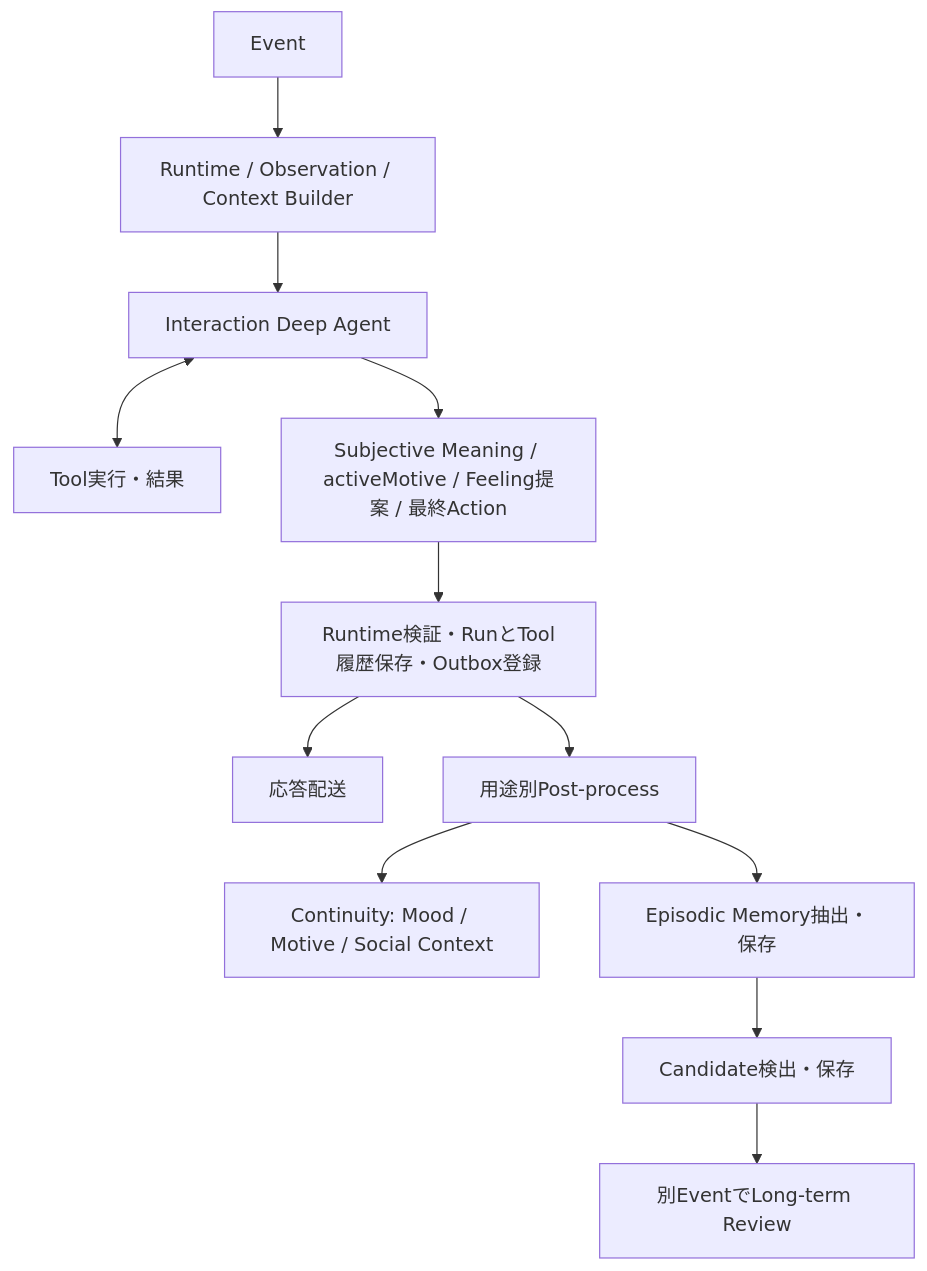
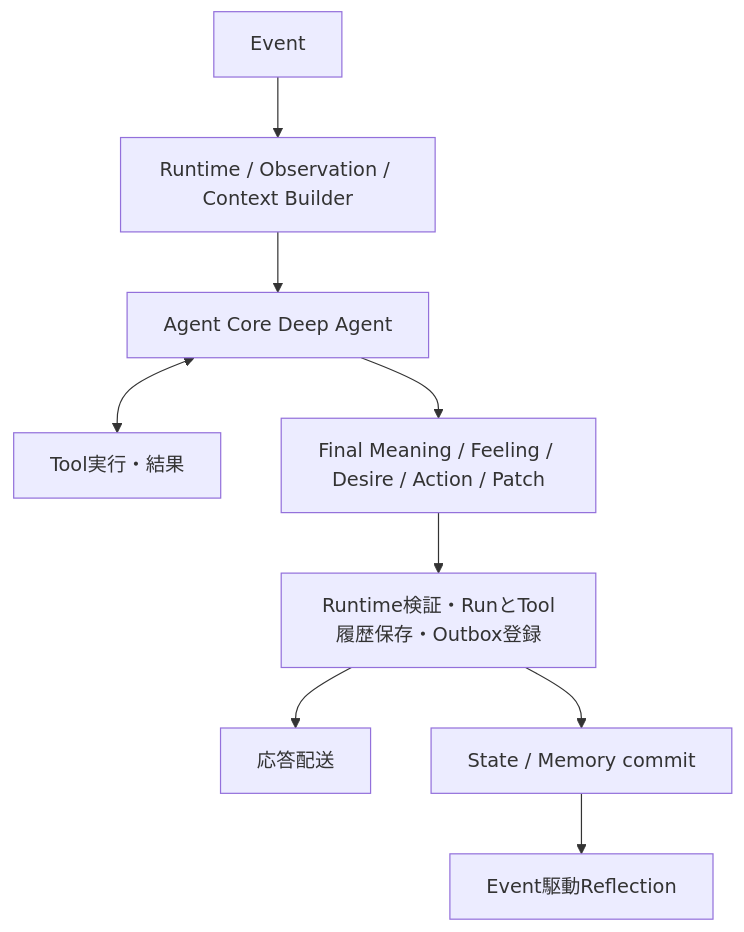
The diagram in spec/personal-agent-implementation-design-v2.md (if001/social_agent), drawn with Mermaid before and after one commit. The commit also changed other lines of this file and 243 other files, not shown here.

````diff
--- a/spec/personal-agent-implementation-design-v2.md
+++ b/spec/personal-agent-implementation-design-v2.md
@@ -106,14 +73,11 @@
 ```mermaid
 flowchart TD
   E[Event] --> R[Runtime / Observation / Context Builder]
-  R --> C[Interaction Deep Agent]
+  R --> C[Agent Core Deep Agent]
   C <--> T[Tool実行・結果]
-  C --> O[Subjective Meaning / activeMotive / Feeling提案 / 最終Action]
+  C --> O[Final Meaning / Feeling / Desire / Action / Patch]
   O --> V[Runtime検証・RunとTool履歴保存・Outbox登録]
   V --> D[応答配送]
-  V --> P[用途別Post-process]
-  P --> S[Continuity: Mood / Motive / Social Context]
-  P --> M[Episodic Memory抽出・保存]
-  M --> K[Candidate検出・保存]
-  K --> L[別EventでLong-term Review]
+  V --> S[State / Memory commit]
+  S --> RF[Event駆動Reflection]
 ```
````
